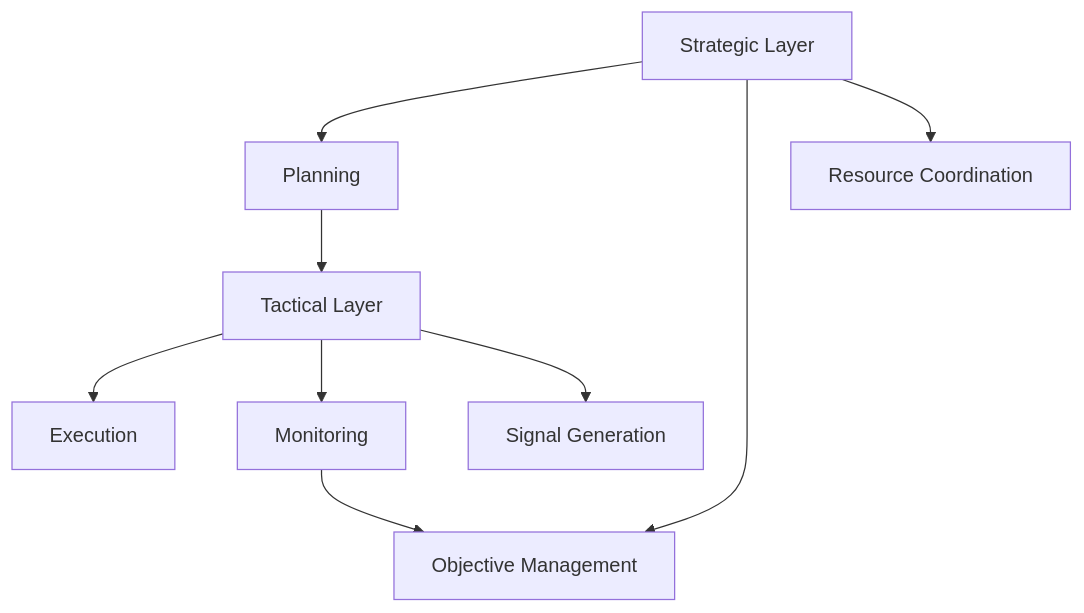
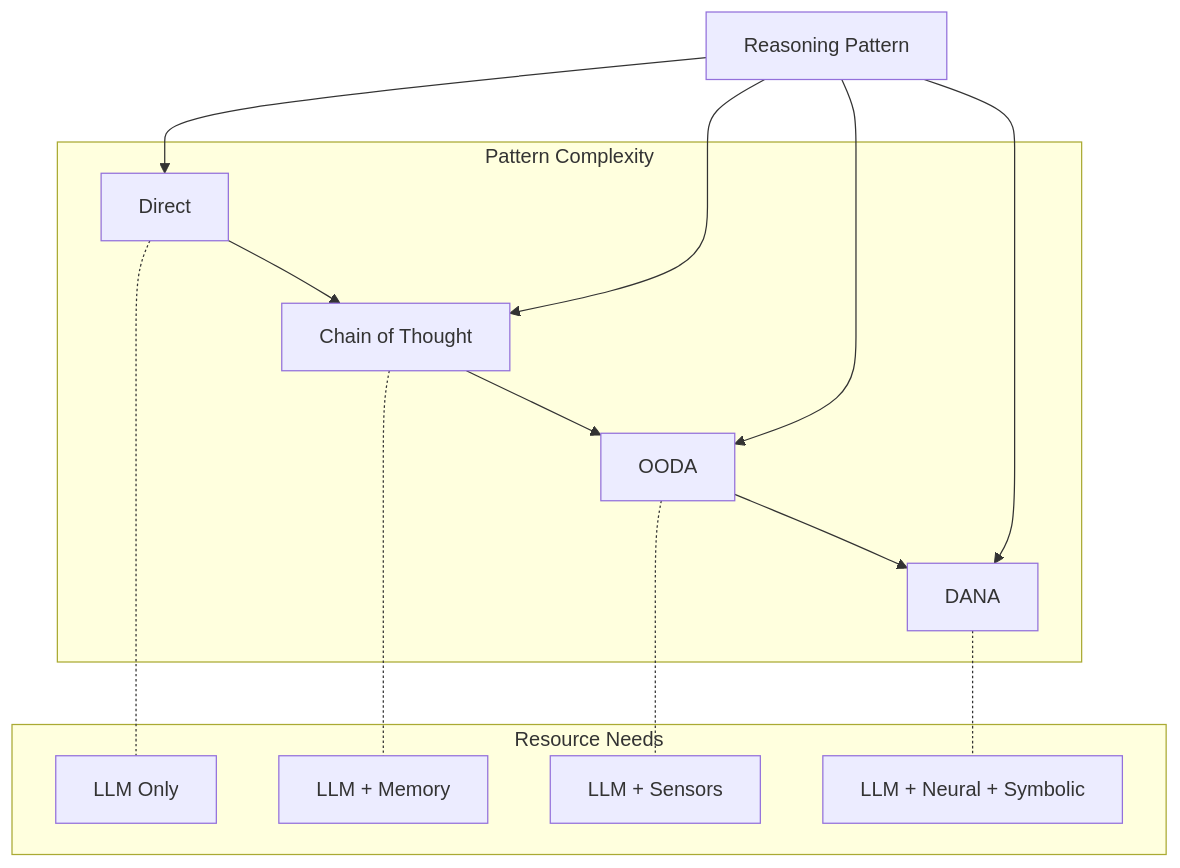
One commit to aitomatic/dana changed the diagram in dxa/core/reasoning/README.md. Above: the diagram before and after it, drawn with Mermaid. The commit also changed other lines of this file and 4 other files, not shown here.

````diff
--- a/dxa/core/reasoning/README.md
+++ b/dxa/core/reasoning/README.md
@@ -30,13 +34,20 @@
 ```mermaid
 graph TB
-    A[Strategic Layer] --> B[Planning]
-    A --> C[Objective Management]
-    A --> D[Resource Coordination]
+    A[Reasoning Pattern] --> B[Direct]
+    A --> C[Chain of Thought]
+    A --> D[OODA]
+    A --> E[DANA]
     
-    E[Tactical Layer] --> F[Execution]
-    E --> G[Monitoring]
-    E --> H[Signal Generation]
+    subgraph "Pattern Complexity"
+        B --> C
+        C --> D
+        D --> E
+    end
     
-    B --> E
-    G --> C
+    subgraph "Resource Needs"
+        B -.- F[LLM Only]
+        C -.- G[LLM + Memory]
+        D -.- H[LLM + Sensors]
+        E -.- I[LLM + Neural + Symbolic]
+    end
 ```
````
